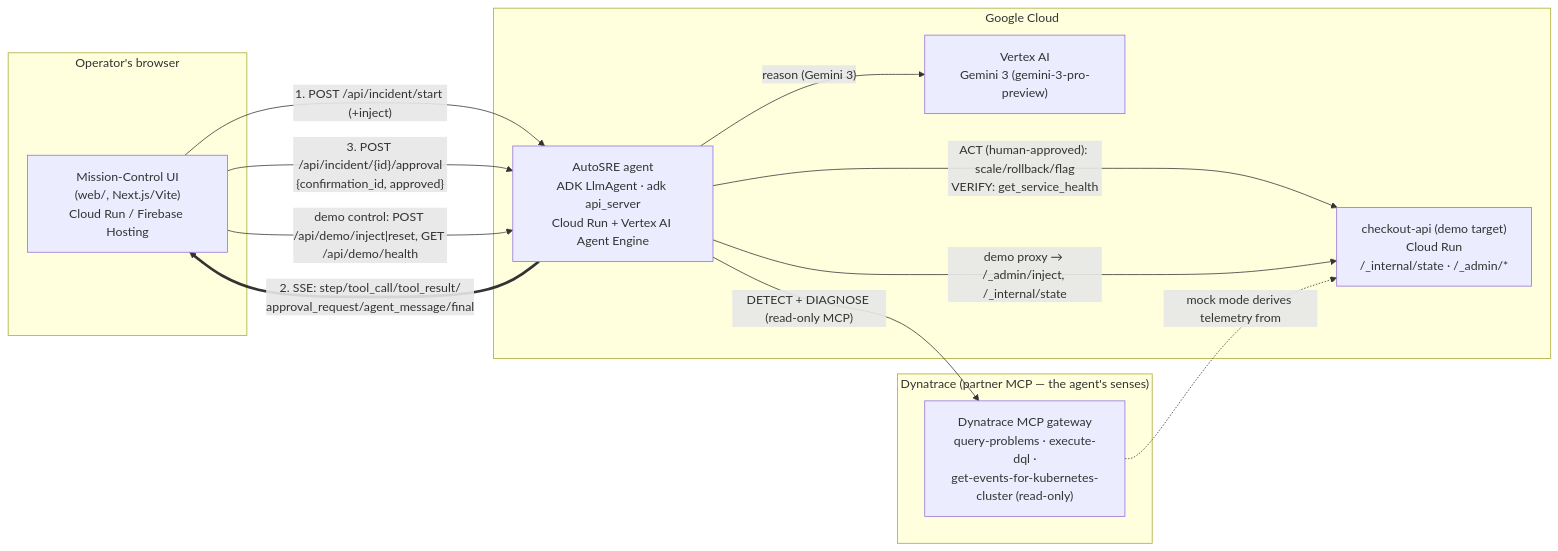
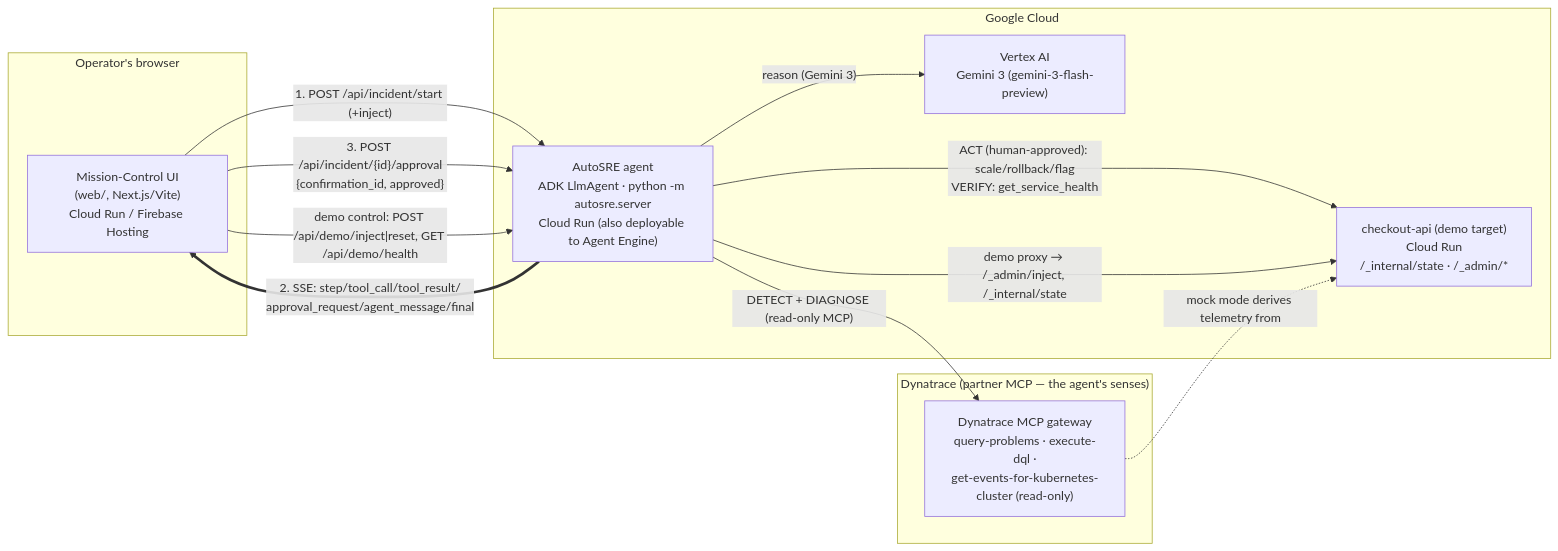
The diagram in ARCHITECTURE.md (thylinao1/autosre), drawn with Mermaid before and after one commit. The commit also changed other lines of this file and 43 other files, not shown here.

````diff
--- a/ARCHITECTURE.md
+++ b/ARCHITECTURE.md
@@ -53,27 +62,27 @@
 ```mermaid
 flowchart LR
   subgraph browser["Operator's browser"]
     UI["Mission-Control UI<br/>(web/, Next.js/Vite)<br/>Cloud Run / Firebase Hosting"]
   end
 
   subgraph gcp["Google Cloud"]
-    AGENT["AutoSRE agent<br/>ADK LlmAgent · adk api_server<br/>Cloud Run + Vertex AI Agent Engine"]
+    AGENT["AutoSRE agent<br/>ADK LlmAgent · python -m autosre.server<br/>Cloud Run (also deployable to Agent Engine)"]
     TARGET["checkout-api (demo target)<br/>Cloud Run<br/>/_internal/state · /_admin/*"]
-    VERTEX["Vertex AI<br/>Gemini 3 (gemini-3-pro-preview)"]
+    VERTEX["Vertex AI<br/>Gemini 3 (gemini-3-flash-preview)"]
   end
 
   subgraph dt["Dynatrace (partner MCP — the agent's senses)"]
     MCP["Dynatrace MCP gateway<br/>query-problems · execute-dql ·<br/>get-events-for-kubernetes-cluster (read-only)"]
   end
 
   UI -- "1. POST /api/incident/start (+inject)" --> AGENT
   AGENT == "2. SSE: step/tool_call/tool_result/<br/>approval_request/agent_message/final" ==> UI
   UI -- "3. POST /api/incident/{id}/approval<br/>{confirmation_id, approved}" --> AGENT
   UI -- "demo control: POST /api/demo/inject|reset, GET /api/demo/health" --> AGENT
 
   AGENT -- "reason (Gemini 3)" --> VERTEX
   AGENT -- "DETECT + DIAGNOSE (read-only MCP)" --> MCP
   AGENT -- "ACT (human-approved): scale/rollback/flag<br/>VERIFY: get_service_health" --> TARGET
   AGENT -- "demo proxy → /_admin/inject, /_internal/state" --> TARGET
   MCP -. "mock mode derives telemetry from" .-> TARGET
 ```
````
